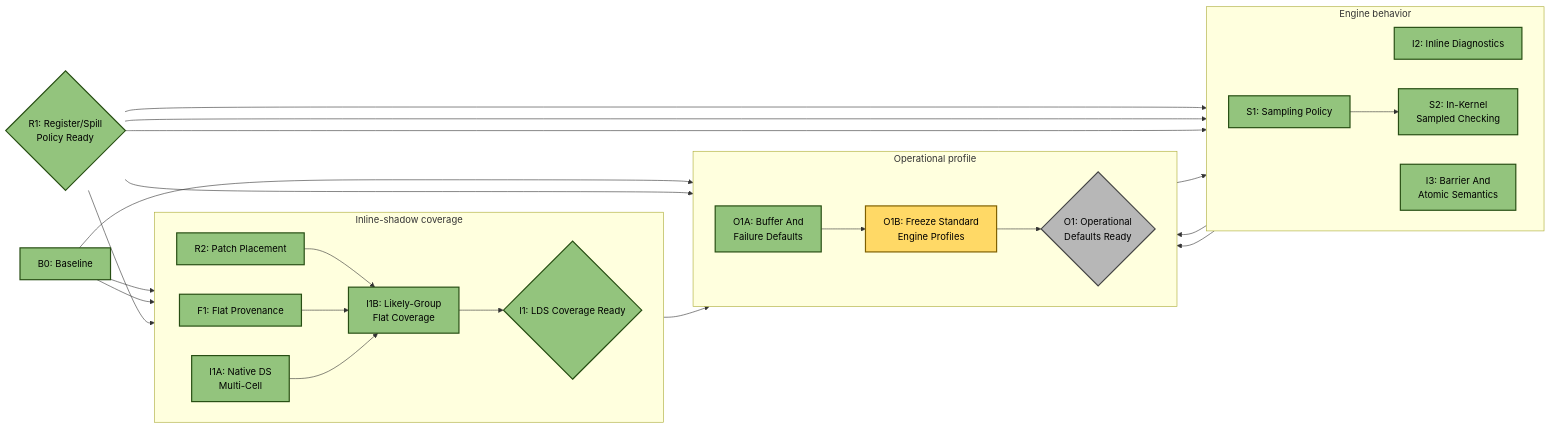
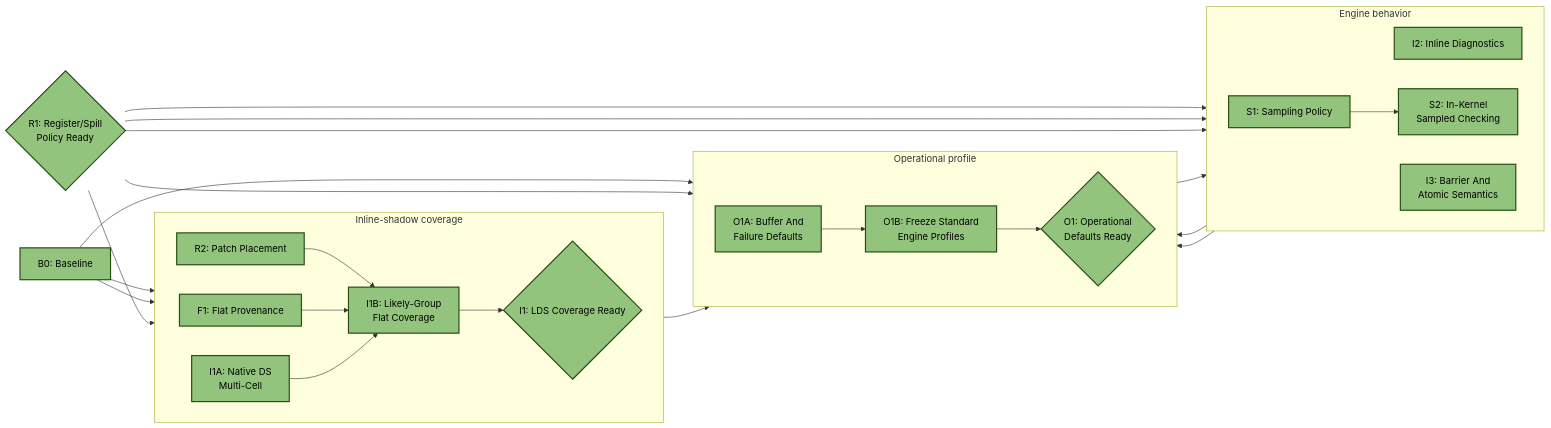
The second of 4 diagrams in emulation/rocjitsu/docs/consan/PLAN.md (ROCm/rocm-systems), drawn with Mermaid before and after one commit. The commit also changed other lines of this file and 4 other files, not shown here.

Commit message:
Freeze standard MOI engine profiles

````diff
--- a/emulation/rocjitsu/docs/consan/PLAN.md
+++ b/emulation/rocjitsu/docs/consan/PLAN.md
@@ -120,56 +120,56 @@
 ```mermaid
 flowchart LR
   B0["B0: Baseline"]:::done
   R1{"R1: Register/Spill<br/>Policy Ready"}:::done
 
   subgraph INLINE["Inline-shadow coverage"]
     direction LR
     R2["R2: Patch Placement"]:::done
     F1["F1: Flat Provenance"]:::done
     I1A["I1A: Native DS<br/>Multi-Cell"]:::done
     I1B["I1B: Likely-Group<br/>Flat Coverage"]:::done
     I1{"I1: LDS Coverage Ready"}:::done
 
     R2 --> I1B
     F1 --> I1B
     I1A --> I1B
     I1B --> I1
   end
 
   subgraph BEHAVIOR["Engine behavior"]
     direction LR
     I2["I2: Inline Diagnostics"]:::done
     I3["I3: Barrier And<br/>Atomic Semantics"]:::done
     S1["S1: Sampling Policy"]:::done
     S2["S2: In-Kernel<br/>Sampled Checking"]:::done
 
     S1 --> S2
   end
 
   subgraph OPS["Operational profile"]
     direction LR
     O1A["O1A: Buffer And<br/>Failure Defaults"]:::done
-    O1B["O1B: Freeze Standard<br/>Engine Profiles"]:::active
-    O1{"O1: Operational<br/>Defaults Ready"}:::todo
+    O1B["O1B: Freeze Standard<br/>Engine Profiles"]:::done
+    O1{"O1: Operational<br/>Defaults Ready"}:::done
 
     O1A --> O1B
     O1B --> O1
   end
 
   B0 --> R2
   B0 --> F1
   B0 --> O1A
   R1 --> I1A
   R1 --> I2
   R1 --> I3
   R1 --> S1
   R1 --> O1B
   O1A --> I2
   I1 --> O1B
   I3 --> O1B
   S1 --> O1B
 
   classDef done fill:#93c47d,stroke:#274e13,stroke-width:2px,color:#000;
   classDef active fill:#ffd966,stroke:#7f6000,stroke-width:2px,color:#000;
   classDef todo fill:#b7b7b7,stroke:#434343,stroke-width:2px,color:#000;
 ```
````
